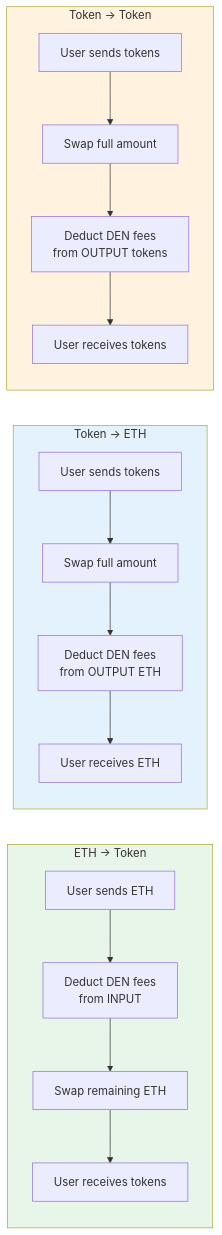
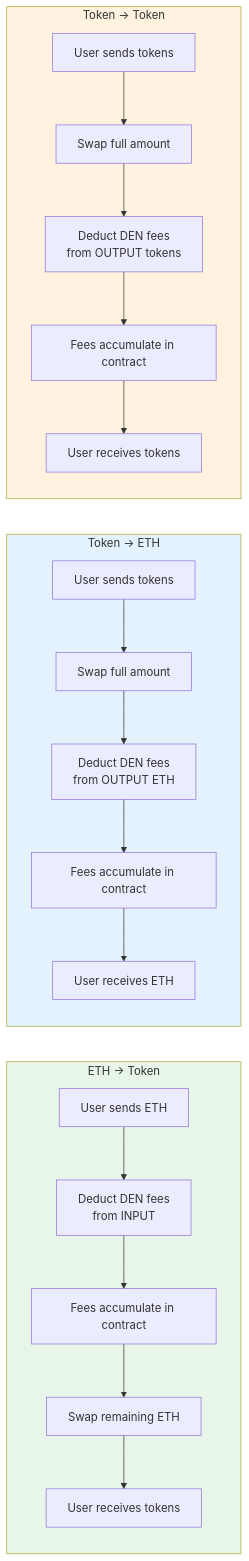
The ninth of 13 diagrams in docs/SWAP_FLOW_DIAGRAMS.md (davidwyly/DEN), drawn with Mermaid before and after one commit. The commit also changed other lines of this file and 6 other files, not shown here.

````diff
--- a/docs/SWAP_FLOW_DIAGRAMS.md
+++ b/docs/SWAP_FLOW_DIAGRAMS.md
@@ -265,27 +292,30 @@
 ```mermaid
 flowchart LR
     subgraph ETH_TO_TOKEN["ETH → Token"]
         direction TB
         A1[User sends ETH] --> A2[Deduct DEN fees<br/>from INPUT]
-        A2 --> A3[Swap remaining ETH]
+        A2 --> A2b[Fees accumulate in contract]
+        A2b --> A3[Swap remaining ETH]
         A3 --> A4[User receives tokens]
     end
 
     subgraph TOKEN_TO_ETH["Token → ETH"]
         direction TB
         B1[User sends tokens] --> B2[Swap full amount]
         B2 --> B3[Deduct DEN fees<br/>from OUTPUT ETH]
-        B3 --> B4[User receives ETH]
+        B3 --> B3b[Fees accumulate in contract]
+        B3b --> B4[User receives ETH]
     end
 
     subgraph TOKEN_TO_TOKEN["Token → Token"]
         direction TB
         C1[User sends tokens] --> C2[Swap full amount]
         C2 --> C3[Deduct DEN fees<br/>from OUTPUT tokens]
-        C3 --> C4[User receives tokens]
+        C3 --> C3b[Fees accumulate in contract]
+        C3b --> C4[User receives tokens]
     end
 
     style ETH_TO_TOKEN fill:#e8f5e9
     style TOKEN_TO_ETH fill:#e3f2fd
     style TOKEN_TO_TOKEN fill:#fff3e0
 ```
````
